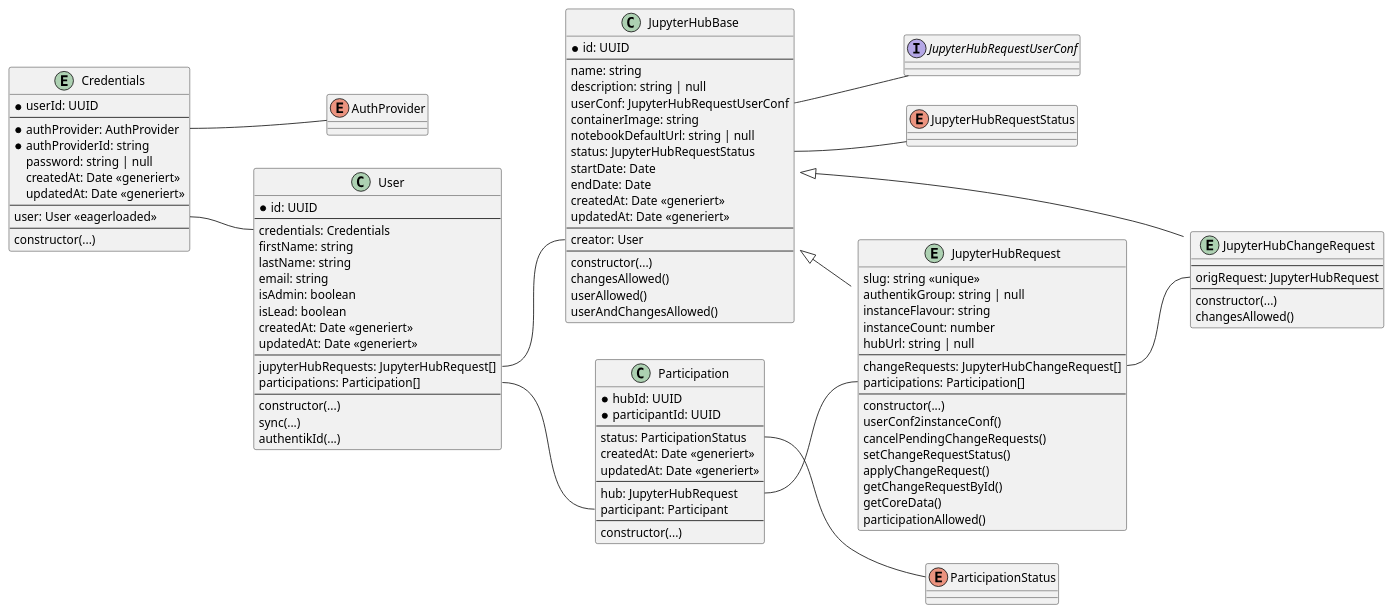
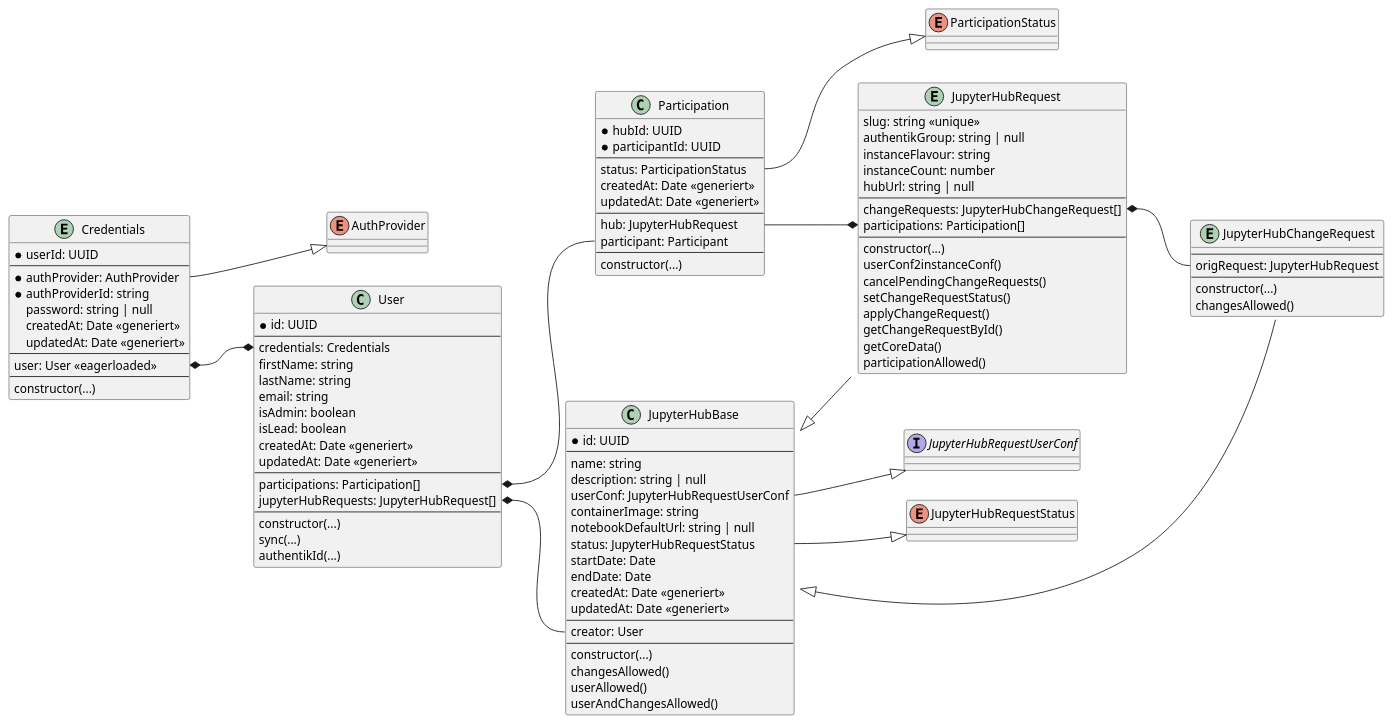
One commit to JLU-BCF/JHaaS-Portal-Backend changed the diagram in docs/ClassDiagram.puml. Above: the diagram before and after it, drawn with PlantUML. The commit also changed 10 other files, not shown here.

Commit message:
refactor diagrams

```diff
--- a/docs/ClassDiagram.puml
+++ b/docs/ClassDiagram.puml
@@ -1,122 +1,128 @@
 @startuml JHaaS Portal
 ' skinparam linetype polyline
 ' skinparam linetype ortho
 left to right direction
 
-enum              AuthProvider
-entity            Credentials {
-  * userId: UUID
-  ---
-  * authProvider: AuthProvider
-  * authProviderId: string
-  password: string | null
-  createdAt: Date <<generiert>>
-  updatedAt: Date <<generiert>>
-  ---
-  user: User <<eagerloaded>>
-  ---
-  constructor(...)
-}
+together {
+  enum              AuthProvider
+  entity            Credentials {
+    * userId: UUID
+    ---
+    * authProvider: AuthProvider
+    * authProviderId: string
+    password: string | null
+    createdAt: Date <<generiert>>
+    updatedAt: Date <<generiert>>
+    ---
+    user: User <<eagerloaded>>
+    ---
+    constructor(...)
+  }
 
-class             User {
-  * id: UUID
-  ---
-  credentials: Credentials
-  firstName: string
-  lastName: string
-  email: string
-  isAdmin: boolean
-  isLead: boolean
-  createdAt: Date <<generiert>>
-  updatedAt: Date <<generiert>>
-  ---
-  jupyterHubRequests: JupyterHubRequest[]
-  participations: Participation[]
-  ---
-  constructor(...)
-  sync(...)
-  authentikId(...)
-}
-
-enum              JupyterHubRequestStatus
-interface         JupyterHubRequestUserConf
-class             JupyterHubBase {
-  * id: UUID
-  ---
-  name: string
-  description: string | null
-  userConf: JupyterHubRequestUserConf
-  containerImage: string
-  notebookDefaultUrl: string | null
-  status: JupyterHubRequestStatus
-  startDate: Date
-  endDate: Date
-  createdAt: Date <<generiert>>
-  updatedAt: Date <<generiert>>
-  ---
-  creator: User
-  ---
-  constructor(...)
-  changesAllowed()
-  userAllowed()
-  userAndChangesAllowed()
-}
-entity            JupyterHubRequest {
-  slug: string <<unique>>
-  authentikGroup: string | null
-  instanceFlavour: string
-  instanceCount: number
-  hubUrl: string | null
-  ---
-  changeRequests: JupyterHubChangeRequest[]
-  participations: Participation[]
-  ---
-  constructor(...)
-  userConf2instanceConf()
-  cancelPendingChangeRequests()
-  setChangeRequestStatus()
-  applyChangeRequest()
-  getChangeRequestById()
-  getCoreData()
-  participationAllowed()
-}
-entity            JupyterHubChangeRequest {
-  ---
-  origRequest: JupyterHubRequest
-  ---
-  constructor(...)
-  changesAllowed()
+  class             User {
+    * id: UUID
+    ---
+    credentials: Credentials
+    firstName: string
+    lastName: string
+    email: string
+    isAdmin: boolean
+    isLead: boolean
+    createdAt: Date <<generiert>>
+    updatedAt: Date <<generiert>>
+    ---
+    participations: Participation[]
+    jupyterHubRequests: JupyterHubRequest[]
+    ---
+    constructor(...)
+    sync(...)
+    authentikId(...)
+  }
 }
 
 enum              ParticipationStatus
 class             Participation {
   * hubId: UUID
   * participantId: UUID
   ---
   status: ParticipationStatus
   createdAt: Date <<generiert>>
   updatedAt: Date <<generiert>>
   ---
   hub: JupyterHubRequest
   participant: Participant
   ---
   constructor(...)
 }
 
+together {
+  enum              JupyterHubRequestStatus
+  interface         JupyterHubRequestUserConf
+  class             JupyterHubBase {
+    * id: UUID
+    ---
+    name: string
+    description: string | null
+    userConf: JupyterHubRequestUserConf
+    containerImage: string
+    notebookDefaultUrl: string | null
+    status: JupyterHubRequestStatus
+    startDate: Date
+    endDate: Date
+    createdAt: Date <<generiert>>
+    updatedAt: Date <<generiert>>
+    ---
+    creator: User
+    ---
+    constructor(...)
+    changesAllowed()
+    userAllowed()
+    userAndChangesAllowed()
+  }
+}
+together {
+  entity            JupyterHubRequest {
+    slug: string <<unique>>
+    authentikGroup: string | null
+    instanceFlavour: string
+    instanceCount: number
+    hubUrl: string | null
+    ---
+    changeRequests: JupyterHubChangeRequest[]
+    participations: Participation[]
+    ---
+    constructor(...)
+    userConf2instanceConf()
+    cancelPendingChangeRequests()
+    setChangeRequestStatus()
+    applyChangeRequest()
+    getChangeRequestById()
+    getCoreData()
+    participationAllowed()
+  }
+  entity            JupyterHubChangeRequest {
+    ---
+    origRequest: JupyterHubRequest
+    ---
+    constructor(...)
+    changesAllowed()
+  }
+}
+
 JupyterHubBase <|-- JupyterHubRequest
 JupyterHubBase <|-- JupyterHubChangeRequest
 
-Credentials::authProvider -- AuthProvider
-Credentials::user -- User::credentials
+Credentials::authProvider --|> AuthProvider
+Credentials::user *--* User::credentials
 
-User::jupyterHubRequests -- JupyterHubBase::creator
-User::participations -- Participation::participant
+User::jupyterHubRequests *-- JupyterHubBase::creator
+User::participations *-- Participation::participant
 
-Participation::status -- ParticipationStatus
-Participation::hub -- JupyterHubRequest::participations
+Participation::status --|> ParticipationStatus
+Participation::hub --* JupyterHubRequest::participations
 
-JupyterHubBase::userConf -- JupyterHubRequestUserConf
-JupyterHubBase::status -- JupyterHubRequestStatus
+JupyterHubBase::userConf --|> JupyterHubRequestUserConf
+JupyterHubBase::status --|> JupyterHubRequestStatus
 
-JupyterHubRequest::changeRequests -- JupyterHubChangeRequest::origRequest
+JupyterHubRequest::changeRequests *-- JupyterHubChangeRequest::origRequest
 @enduml
```
